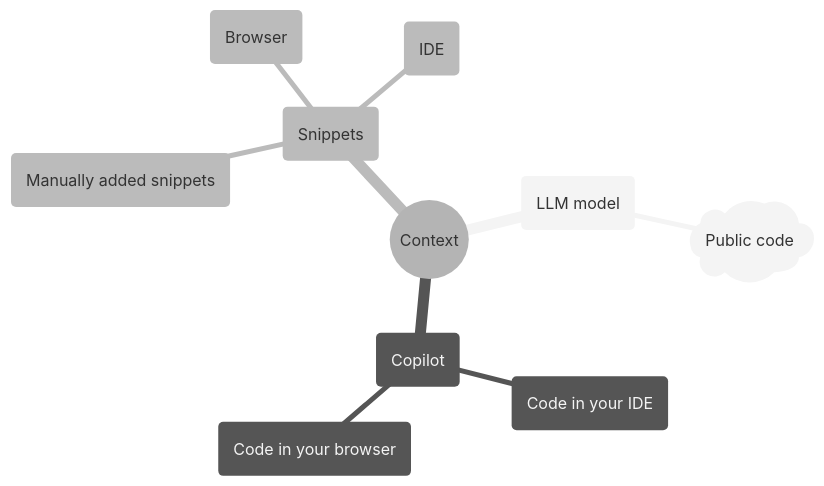
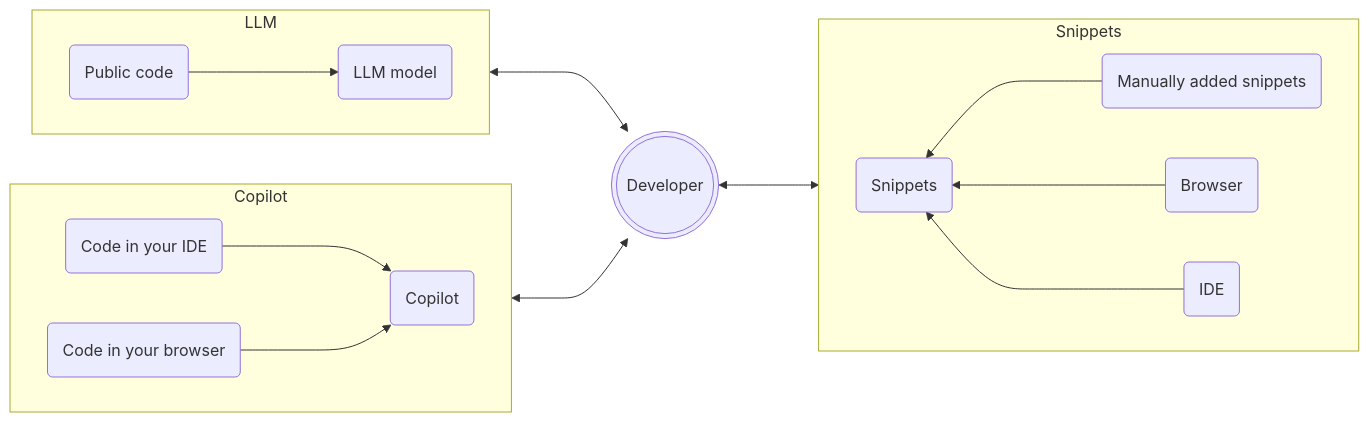
Before and after one commit to pieces-app/workshops: the fifth of 7 diagrams in 10x-developer-productivity/slides.md, drawn with Mermaid. The commit also changed other lines of this file and 1 other file, not shown here.

Commit message:
Improving mermaid diagrams

````diff
--- a/10x-developer-productivity/slides.md
+++ b/10x-developer-productivity/slides.md
@@ -354,14 +371,22 @@
 ```mermaid
-%%{init: {'theme': 'neutral' } }%%
-mindmap
-  root((Context))
-    llm-model(LLM model)
-      public-cloud)Public code(
-    copilot-ide(Copilot)
-      code-ide(Code in your IDE)
-      web(Code in your browser)
-    snippets(Snippets)
-      manual-snippet(Manually added snippets)
-      browser-snippet(Browser)
-      browser-snippet(IDE)
+flowchart LR
+    subgraph LLM
+        direction LR
+        public-cloud(Public code)--->llm-model(LLM model)
+    end
+    subgraph Copilot
+        direction LR
+        code-ide(Code in your IDE)--->copilot-ide(Copilot)
+        web(Code in your browser)--->copilot-ide(Copilot)
+    end
+    subgraph Snippets
+        direction RL
+        snippets(Snippets)
+        manual-snippet(Manually added snippets)--->snippets(Snippets)
+        browser-snippet(Browser)--->snippets(Snippets)
+        ide-snippet(IDE)--->snippets(Snippets)
+    end
+    LLM<--->context(((Developer)))
+    Copilot<--->context(((Developer)))
+    context(((Developer)))<--->Snippets
 ```
````
